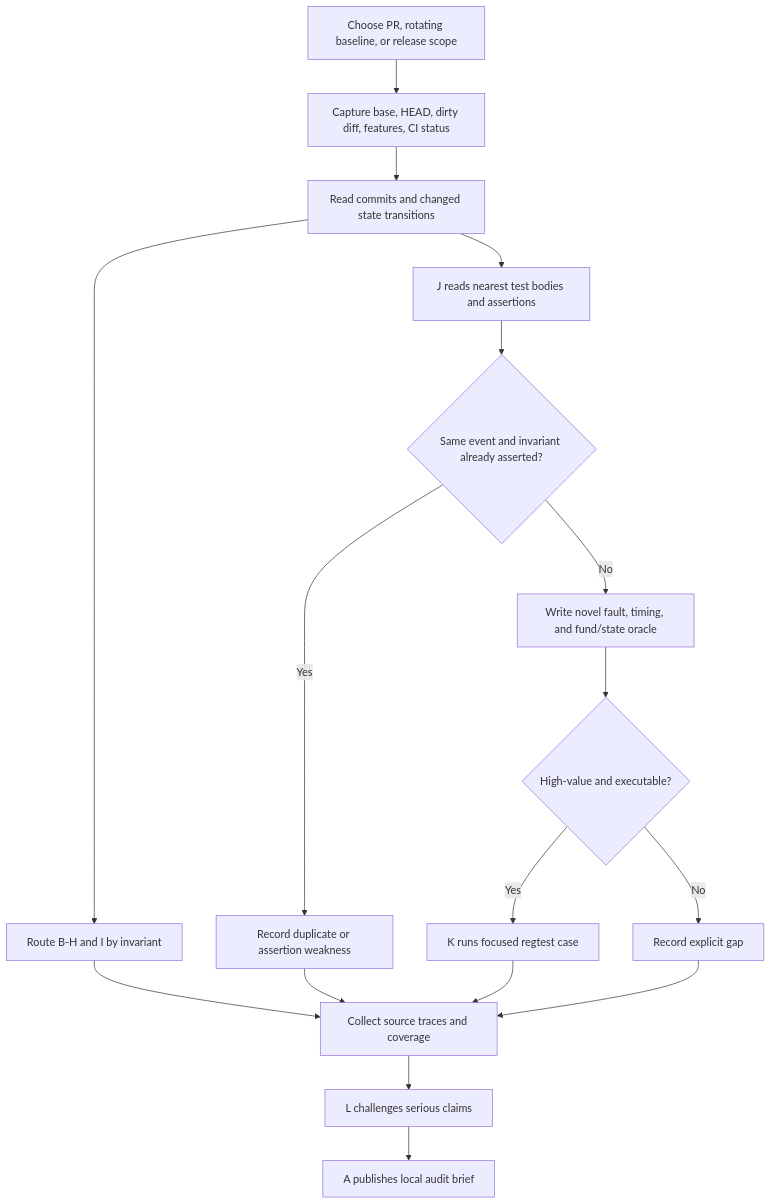
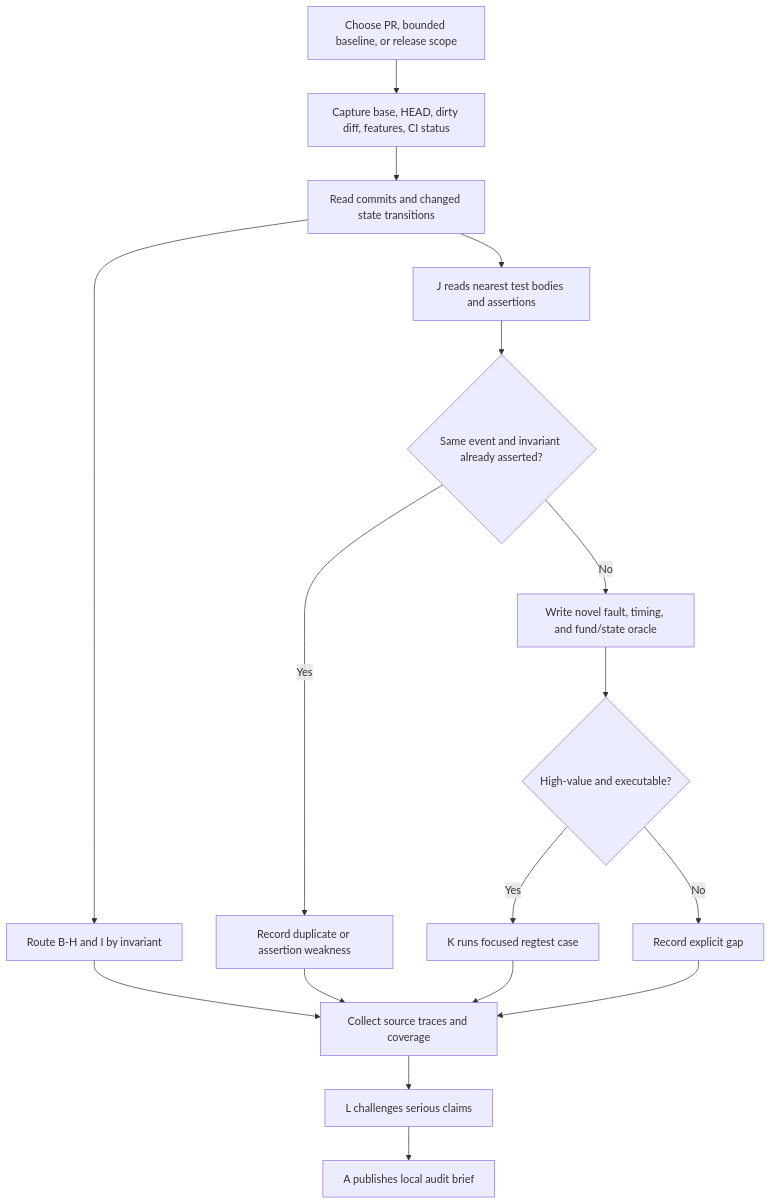
Before and after one commit to 0xEgao/openswap-audit-skills: the third of 3 diagrams in README.md, drawn with Mermaid. The commit also changed other lines of this file and 10 other files, not shown here.

````diff
--- a/README.md
+++ b/README.md
@@ -112,19 +113,19 @@
 ```mermaid
 flowchart TD
-    Start["Choose PR, rotating baseline, or release scope"] --> Snapshot["Capture base, HEAD, dirty diff, features, CI status"]
+    Start["Choose PR, bounded baseline, or release scope"] --> Snapshot["Capture base, HEAD, dirty diff, features, CI status"]
     Snapshot --> Commits["Read commits and changed state transitions"]
     Commits --> Route["Route B-H and I by invariant"]
     Commits --> Tests["J reads nearest test bodies and assertions"]
     Tests --> Covered{"Same event and invariant already asserted?"}
     Covered -->|Yes| Duplicate["Record duplicate or assertion weakness"]
     Covered -->|No| Brief["Write novel fault, timing, and fund/state oracle"]
     Brief --> Rank{"High-value and executable?"}
     Rank -->|Yes| Run["K runs focused regtest case"]
     Rank -->|No| Backlog["Record explicit gap"]
     Route --> Evidence["Collect source traces and coverage"]
     Duplicate --> Evidence
     Run --> Evidence
     Backlog --> Evidence
     Evidence --> Challenge["L challenges serious claims"]
     Challenge --> Report["A publishes local audit brief"]
 ```
````
